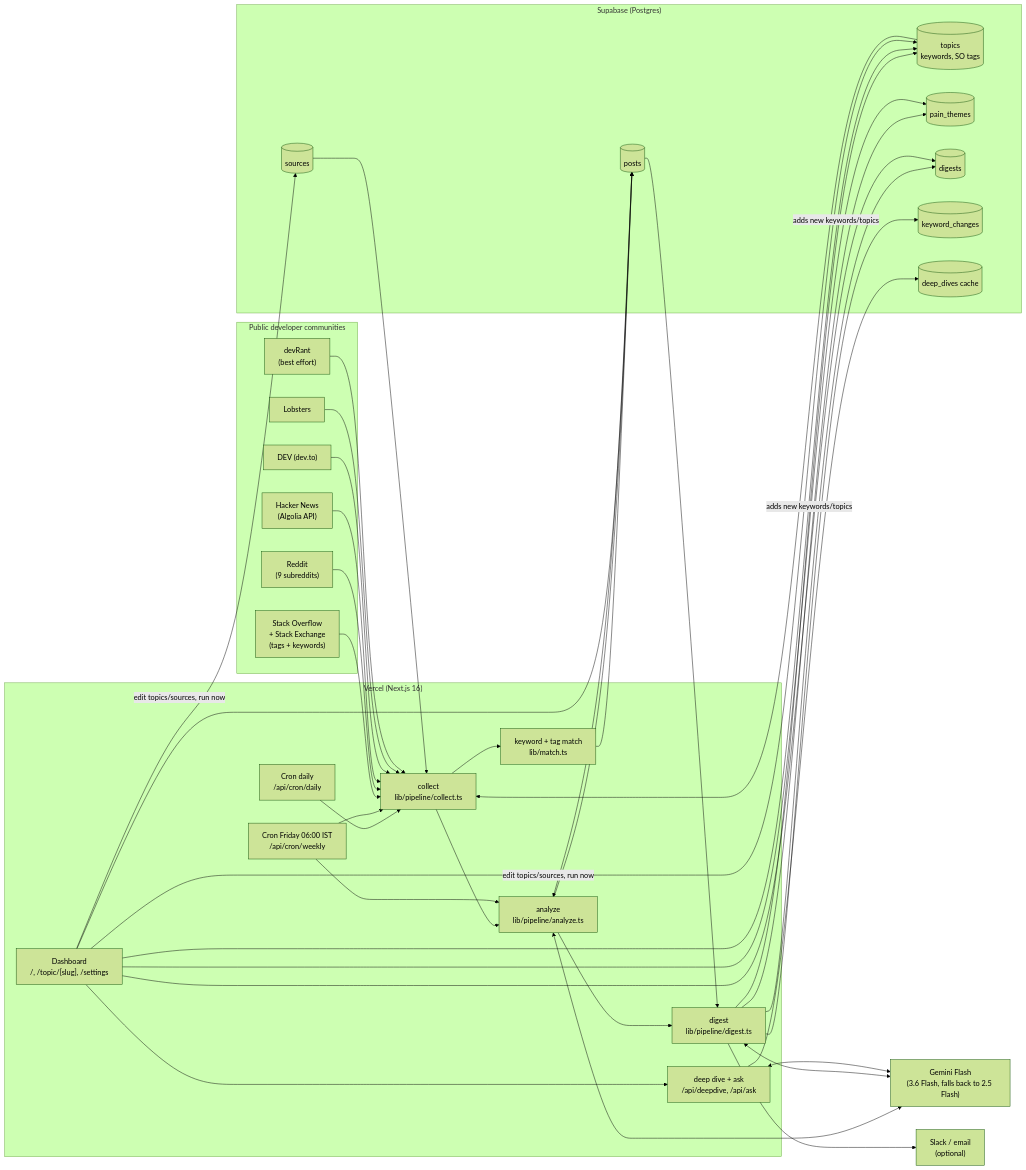
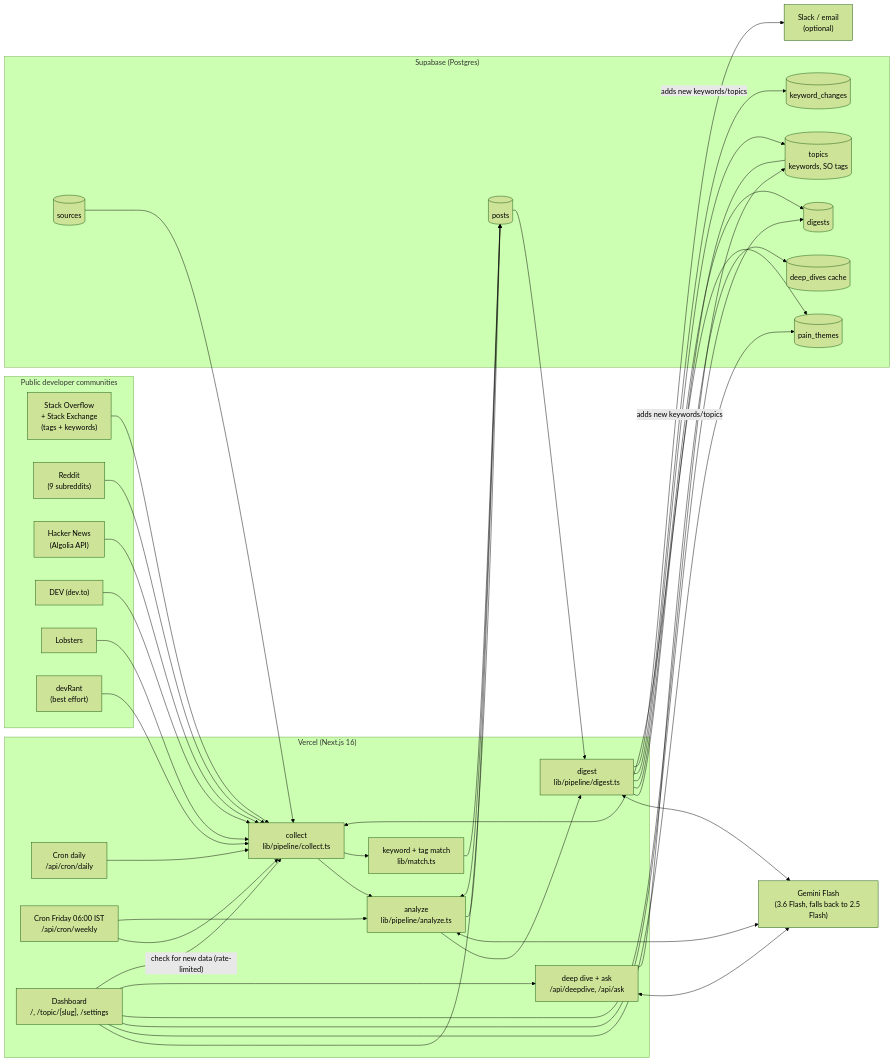
One commit to amitharaog/devcommpulse changed the diagram in COMPONENTS.md. Above: the diagram before and after it, drawn with Mermaid (forest theme). The commit also changed other lines of this file and 16 other files, not shown here.

````diff
--- a/COMPONENTS.md
+++ b/COMPONENTS.md
@@ -3,52 +3,52 @@
 ```mermaid
 flowchart LR
   subgraph Sources["Public developer communities"]
     SO["Stack Overflow<br/>+ Stack Exchange<br/>(tags + keywords)"]
     RD["Reddit<br/>(9 subreddits)"]
     HN["Hacker News<br/>(Algolia API)"]
     DV["DEV (dev.to)"]
     LB["Lobsters"]
     DR["devRant<br/>(best effort)"]
   end
 
   subgraph Vercel["Vercel (Next.js 16)"]
     CRON1["Cron daily<br/>/api/cron/daily"]
     CRON2["Cron Friday 06:00 IST<br/>/api/cron/weekly"]
     COL["collect<br/>lib/pipeline/collect.ts"]
     MATCH["keyword + tag match<br/>lib/match.ts"]
     ANA["analyze<br/>lib/pipeline/analyze.ts"]
     DIG["digest<br/>lib/pipeline/digest.ts"]
     DD["deep dive + ask<br/>/api/deepdive, /api/ask"]
     UI["Dashboard<br/>/, /topic/[slug], /settings"]
   end
 
   GEM["Gemini Flash<br/>(3.6 Flash, falls back to 2.5 Flash)"]
   OUT["Slack / email<br/>(optional)"]
 
   subgraph DB["Supabase (Postgres)"]
     T[("topics<br/>keywords, SO tags")]
     S[("sources")]
     P[("posts")]
     PT[("pain_themes")]
     D[("digests")]
     KC[("keyword_changes")]
     DDC[("deep_dives cache")]
   end
 
   CRON1 --> COL --> ANA
   CRON2 --> COL
   CRON2 --> ANA --> DIG
   SO & RD & HN & DV & LB & DR --> COL
   T & S --> COL
   COL --> MATCH --> P
   P --> ANA <--> GEM
   ANA --> P
   P --> DIG <--> GEM
   DIG --> PT & D
   DIG -- "adds new keywords/topics" --> T & KC
   DIG --> OUT
   UI --> P & PT & D & T
   UI --> DD <--> GEM
   DD --> DDC
-  UI -- "edit topics/sources, run now" --> T & S
+  UI -- "check for new data (rate-limited)" --> COL
 ```
````
